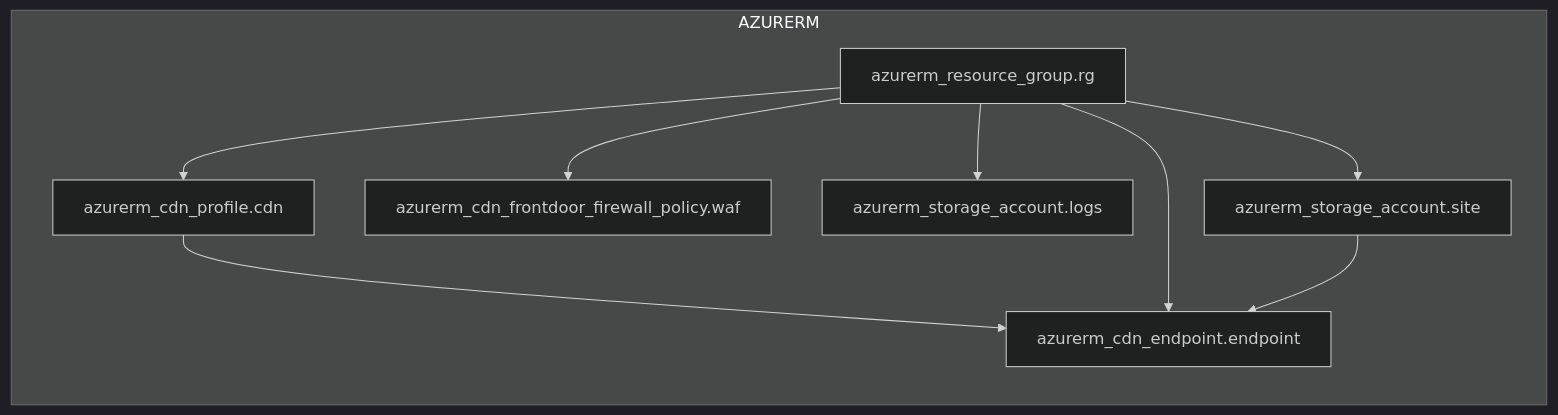
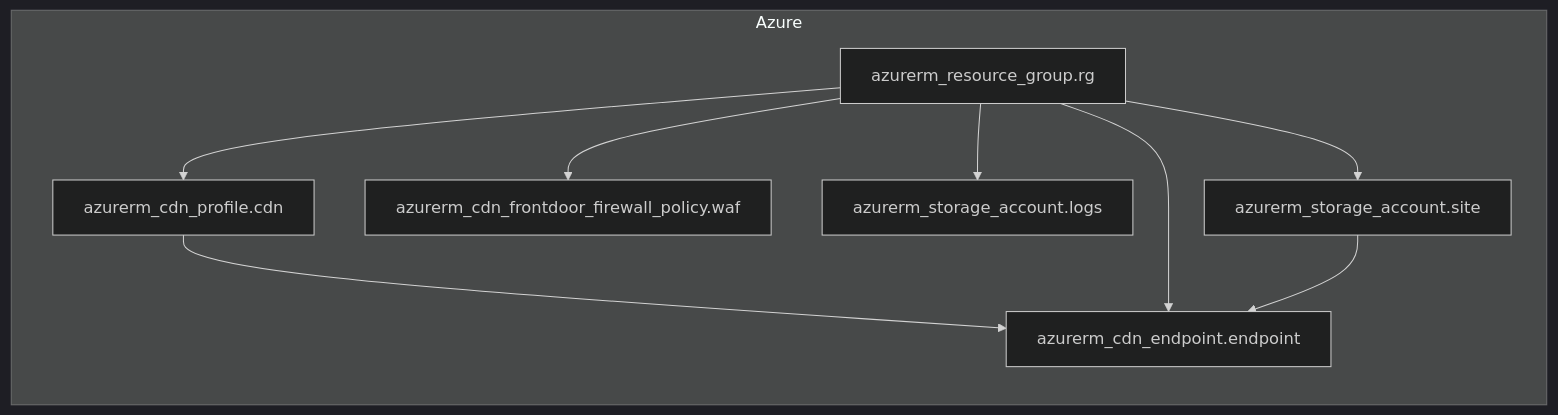
Before and after one commit to suryakumaran2611/auto-arch-diagram: the diagram in examples/serverless-website/azure/terraform/architecture-diagram.mmd, drawn with Mermaid (dark theme). The commit also changed 53 other files, not shown here.

First line of the commit message:
Update architecture diagrams and add dynamic icon mapping tools

```diff
--- a/examples/serverless-website/azure/terraform/architecture-diagram.mmd
+++ b/examples/serverless-website/azure/terraform/architecture-diagram.mmd
@@ -1,16 +1,16 @@
 flowchart LR
-subgraph AZURERM[AZURERM]
+subgraph Azure[Azure]
   tf_azurerm_cdn_endpoint_endpoint["azurerm_cdn_endpoint.endpoint"]
   tf_azurerm_cdn_frontdoor_firewall_policy_waf["azurerm_cdn_frontdoor_firewall_policy.waf"]
   tf_azurerm_cdn_profile_cdn["azurerm_cdn_profile.cdn"]
   tf_azurerm_resource_group_rg["azurerm_resource_group.rg"]
   tf_azurerm_storage_account_logs["azurerm_storage_account.logs"]
   tf_azurerm_storage_account_site["azurerm_storage_account.site"]
 end
 tf_azurerm_cdn_profile_cdn --> tf_azurerm_cdn_endpoint_endpoint
 tf_azurerm_resource_group_rg --> tf_azurerm_cdn_endpoint_endpoint
 tf_azurerm_resource_group_rg --> tf_azurerm_cdn_frontdoor_firewall_policy_waf
 tf_azurerm_resource_group_rg --> tf_azurerm_cdn_profile_cdn
 tf_azurerm_resource_group_rg --> tf_azurerm_storage_account_logs
 tf_azurerm_resource_group_rg --> tf_azurerm_storage_account_site
 tf_azurerm_storage_account_site --> tf_azurerm_cdn_endpoint_endpoint
```
